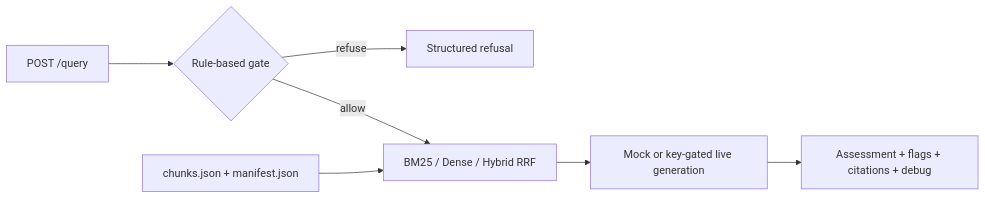
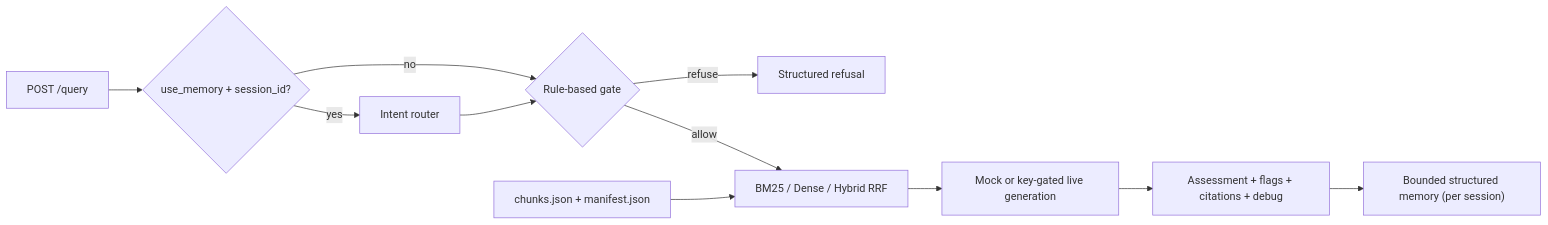
The diagram in README.md (lyh26x03/aml-redflags-rag), drawn with Mermaid before and after one commit. The commit also changed other lines of this file and 16 other files, not shown here.

First line of the commit message:
feat: add structured conversation memory and intent routing (#13)

````diff
--- a/README.md
+++ b/README.md
@@ -34,9 +34,13 @@
 ```mermaid
 flowchart LR
-    Q["POST /query"] --> G{"Rule-based gate"}
+    Q["POST /query"] --> MEM{"use_memory + session_id?"}
+    MEM -->|no| G{"Rule-based gate"}
+    MEM -->|yes| RT["Intent router"]
+    RT --> G
     G -->|refuse| R["Structured refusal"]
     G -->|allow| RET["BM25 / Dense / Hybrid RRF"]
     RET --> GEN["Mock or key-gated live generation"]
     GEN --> OUT["Assessment + flags + citations + debug"]
+    OUT --> STORE["Bounded structured memory (per session)"]
     ART["chunks.json + manifest.json"] --> RET
 ```
````
